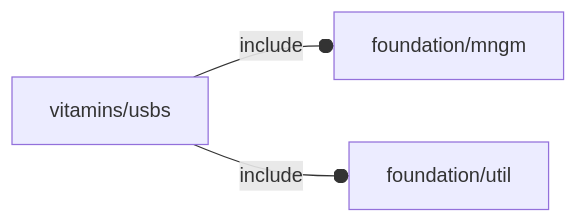
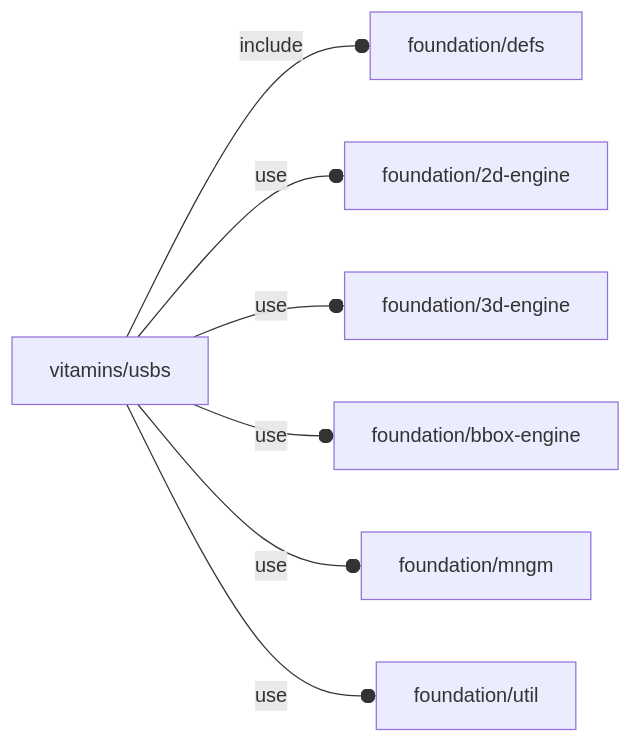
One commit to ggabbiani/OFL changed the diagram in orthodocs/vitamins/usbs.md. Above: the diagram before and after it, drawn with Mermaid. The commit also changed other lines of this file and 74 other files, not shown here.

````diff
--- a/orthodocs/vitamins/usbs.md
+++ b/orthodocs/vitamins/usbs.md
@@ -5,5 +5,9 @@
 ```mermaid
 graph LR
-    A1[vitamins/usbs] --o|include| A2[foundation/mngm]
-    A1 --o|include| A3[foundation/util]
+    A1[vitamins/usbs] --o|include| A2[foundation/defs]
+    A1 --o|use| A3[foundation/2d-engine]
+    A1 --o|use| A4[foundation/3d-engine]
+    A1 --o|use| A5[foundation/bbox-engine]
+    A1 --o|use| A6[foundation/mngm]
+    A1 --o|use| A7[foundation/util]
 ```
````
